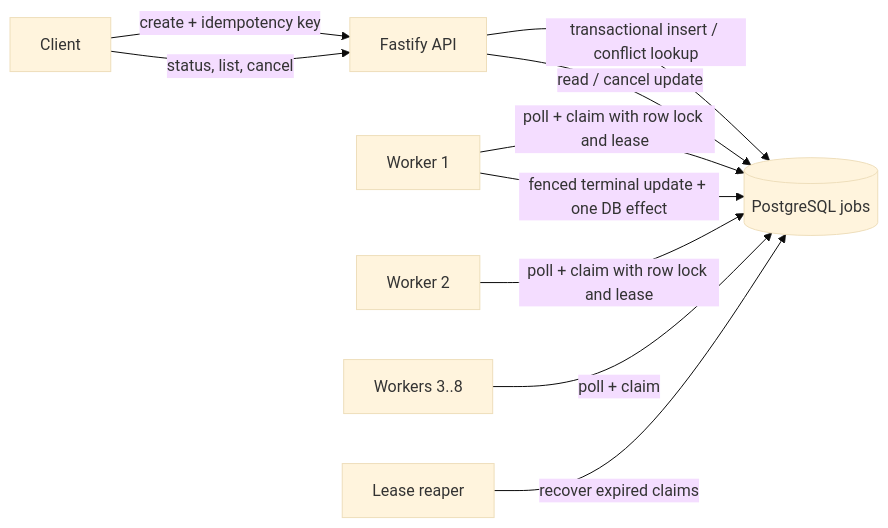
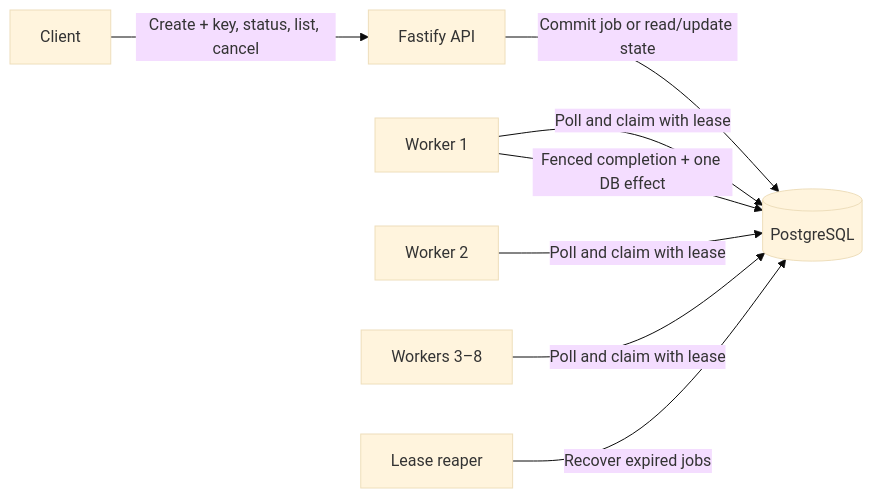
The diagram in README.md (arnav7897/Soup_Training_Job_queue), drawn with Mermaid (base theme) before and after one commit. The commit also changed other lines of this file and 1 other file, not shown here.

````diff
--- a/README.md
+++ b/README.md
@@ -45,12 +25,10 @@
 ```mermaid
 flowchart LR
-  C[Client] -->|create + idempotency key| A[Fastify API]
-  A -->|transactional insert / conflict lookup| P[(PostgreSQL jobs)]
-  C -->|status, list, cancel| A
-  A -->|read / cancel update| P
-  W1[Worker 1] -->|poll + claim with row lock and lease| P
-  W2[Worker 2] -->|poll + claim with row lock and lease| P
-  WN[Workers 3..8] -->|poll + claim| P
-  W1 -->|fenced terminal update + one DB effect| P
-  R[Lease reaper] -->|recover expired claims| P
+  C[Client] -->|Create + key, status, list, cancel| A[Fastify API]
+  A -->|Commit job or read/update state| DB[(PostgreSQL)]
+  W1[Worker 1] -->|Poll and claim with lease| DB
+  W2[Worker 2] -->|Poll and claim with lease| DB
+  WN[Workers 3–8] -->|Poll and claim with lease| DB
+  W1 -->|Fenced completion + one DB effect| DB
+  R[Lease reaper] -->|Recover expired jobs| DB
 ```
````
